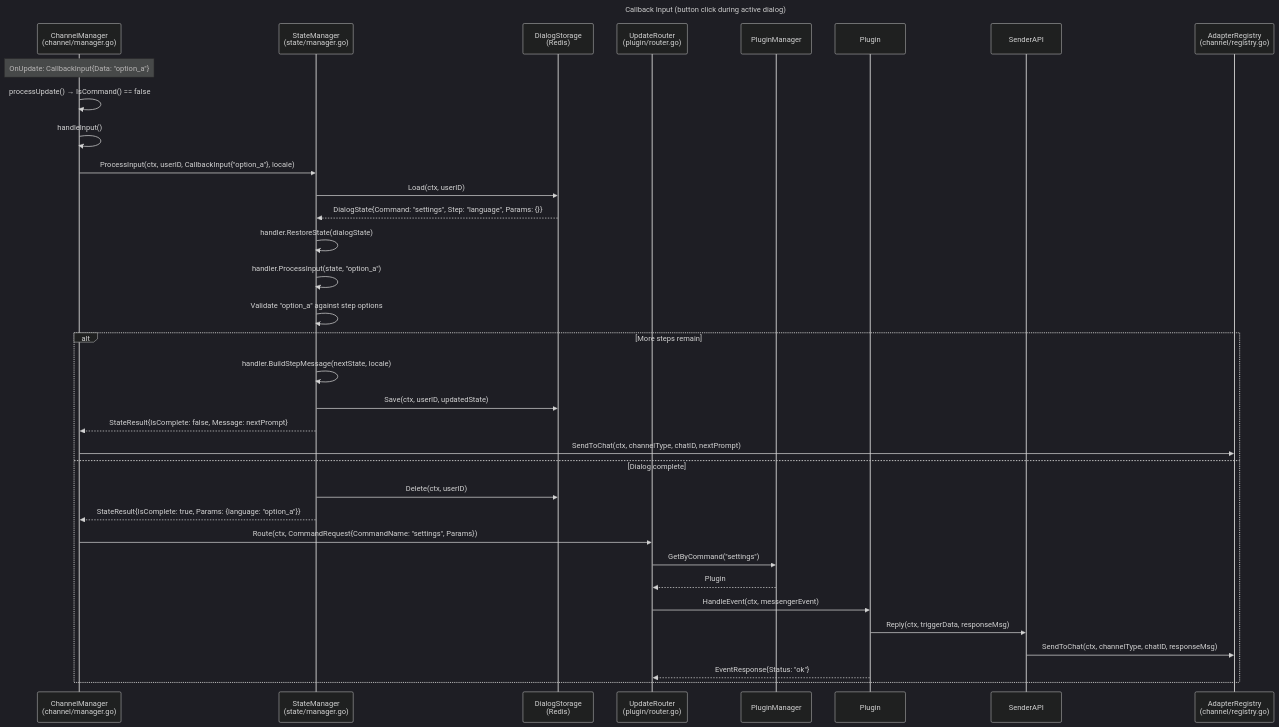
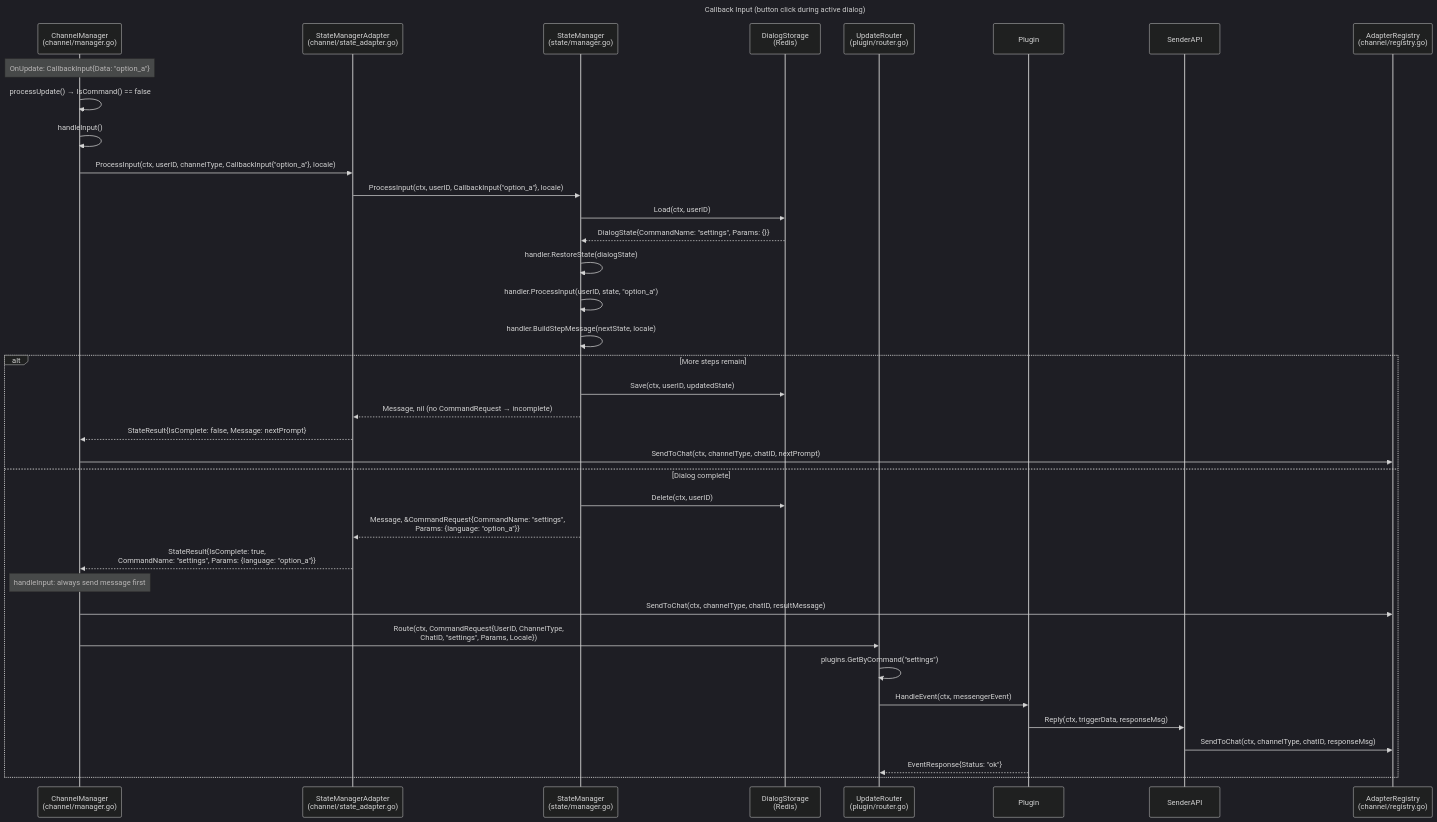
Before and after one commit to StaZisS/SuperBotGo: the diagram in docs/seq-callback-input.mmd, drawn with Mermaid (dark theme). The commit also changed 7 other files, not shown here.

```diff
--- a/docs/seq-callback-input.mmd
+++ b/docs/seq-callback-input.mmd
@@ -1,43 +1,47 @@
 sequenceDiagram
     title Callback Input (button click during active dialog)
 
     participant CM as ChannelManager<br/>(channel/manager.go)
+    participant SMA as StateManagerAdapter<br/>(channel/state_adapter.go)
     participant SM as StateManager<br/>(state/manager.go)
     participant Store as DialogStorage<br/>(Redis)
     participant UR as UpdateRouter<br/>(plugin/router.go)
-    participant PM as PluginManager
     participant Plugin as Plugin
     participant Sender as SenderAPI
     participant AR as AdapterRegistry<br/>(channel/registry.go)
 
     Note over CM: OnUpdate: CallbackInput{Data: "option_a"}
     CM->>CM: processUpdate() → IsCommand() == false
     CM->>CM: handleInput()
 
-    CM->>SM: ProcessInput(ctx, userID, CallbackInput{"option_a"}, locale)
+    CM->>SMA: ProcessInput(ctx, userID, channelType, CallbackInput{"option_a"}, locale)
+    SMA->>SM: ProcessInput(ctx, userID, CallbackInput{"option_a"}, locale)
     SM->>Store: Load(ctx, userID)
-    Store-->>SM: DialogState{Command: "settings", Step: "language", Params: {}}
+    Store-->>SM: DialogState{CommandName: "settings", Params: {}}
 
     SM->>SM: handler.RestoreState(dialogState)
-    SM->>SM: handler.ProcessInput(state, "option_a")
-    SM->>SM: Validate "option_a" against step options
+    SM->>SM: handler.ProcessInput(userID, state, "option_a")
+    SM->>SM: handler.BuildStepMessage(nextState, locale)
 
     alt More steps remain
-        SM->>SM: handler.BuildStepMessage(nextState, locale)
         SM->>Store: Save(ctx, userID, updatedState)
-        SM-->>CM: StateResult{IsComplete: false, Message: nextPrompt}
+        SM-->>SMA: Message, nil (no CommandRequest → incomplete)
+        SMA-->>CM: StateResult{IsComplete: false, Message: nextPrompt}
 
         CM->>AR: SendToChat(ctx, channelType, chatID, nextPrompt)
     else Dialog complete
         SM->>Store: Delete(ctx, userID)
-        SM-->>CM: StateResult{IsComplete: true, Params: {language: "option_a"}}
+        SM-->>SMA: Message, &CommandRequest{CommandName: "settings",<br/>Params: {language: "option_a"}}
+        SMA-->>CM: StateResult{IsComplete: true,<br/>CommandName: "settings", Params: {language: "option_a"}}
 
-        CM->>UR: Route(ctx, CommandRequest{CommandName: "settings", Params})
-        UR->>PM: GetByCommand("settings")
-        PM-->>UR: Plugin
+        Note over CM: handleInput: always send message first
+        CM->>AR: SendToChat(ctx, channelType, chatID, resultMessage)
+
+        CM->>UR: Route(ctx, CommandRequest{UserID, ChannelType,<br/>ChatID, "settings", Params, Locale})
+        UR->>UR: plugins.GetByCommand("settings")
         UR->>Plugin: HandleEvent(ctx, messengerEvent)
 
         Plugin->>Sender: Reply(ctx, triggerData, responseMsg)
         Sender->>AR: SendToChat(ctx, channelType, chatID, responseMsg)
         Plugin-->>UR: EventResponse{Status: "ok"}
     end
```
